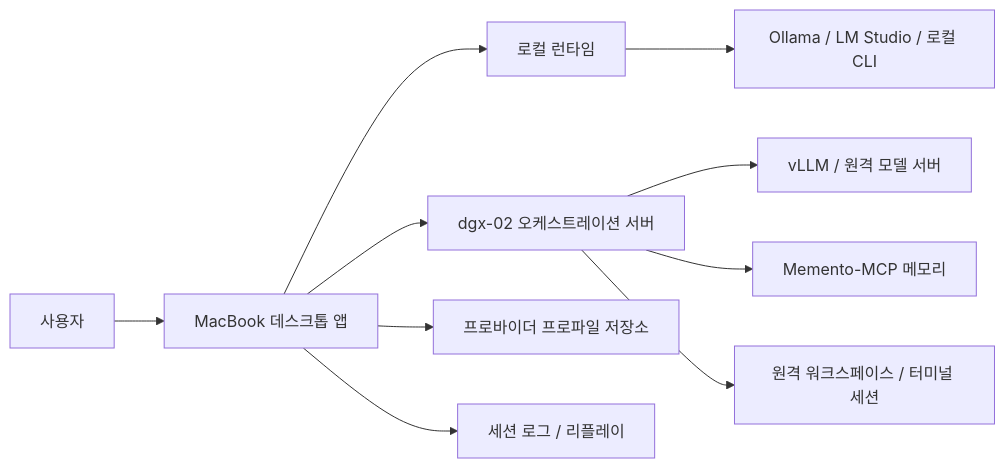
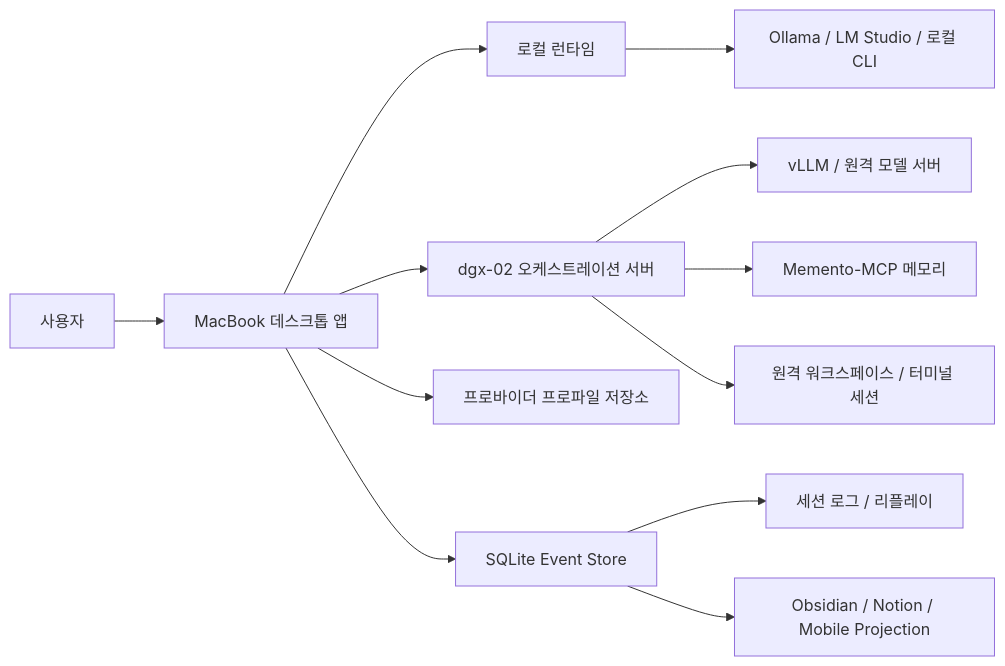
One commit to robin-main-hub/ai-orchestrator-lab changed the diagram in docs/01-architecture.md. Above: the diagram before and after it, drawn with Mermaid. The commit also changed other lines of this file and 9 other files, not shown here.

````diff
--- a/docs/01-architecture.md
+++ b/docs/01-architecture.md
@@ -5,12 +5,14 @@
 ```mermaid
 flowchart LR
   User[사용자] --> Desktop[MacBook 데스크톱 앱]
   Desktop --> LocalRuntime[로컬 런타임]
   Desktop --> DGX[dgx-02 오케스트레이션 서버]
   LocalRuntime --> LocalModels[Ollama / LM Studio / 로컬 CLI]
   DGX --> RemoteModels[vLLM / 원격 모델 서버]
   DGX --> Memory[Memento-MCP 메모리]
   DGX --> Workspaces[원격 워크스페이스 / 터미널 세션]
   Desktop --> Profiles[프로바이더 프로파일 저장소]
-  Desktop --> Sessions[세션 로그 / 리플레이]
+  Desktop --> EventStore[SQLite Event Store]
+  EventStore --> Sessions[세션 로그 / 리플레이]
+  EventStore --> Exports[Obsidian / Notion / Mobile Projection]
 ```
````
